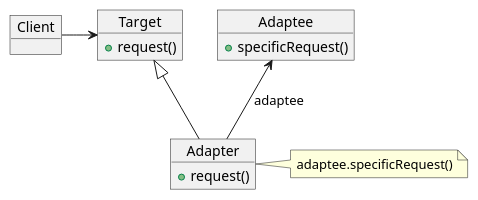
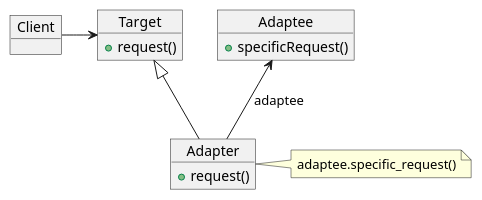
The diagram in puml/adapter.puml (labsoftdev/DesignPatterns), drawn with PlantUML before and after one commit. The commit also changed 1 other file, not shown here.

Commit message:
Adapter fixing ci error

```diff
--- a/puml/adapter.puml
+++ b/puml/adapter.puml
@@ -1,21 +1,21 @@
 @startuml adapter
 object Target {
   +request()
 }
 
 object Client {
 }
 
 object Adaptee {
   +specificRequest()
 }
 
 object Adapter {
   +request()
 }
 
 Client -> Target
 Target <|-down- Adapter
 Adaptee <-- Adapter : adaptee
-note right of Adapter : adaptee.specificRequest()
+note right of Adapter : adaptee.specific_request()
 @enduml
```
